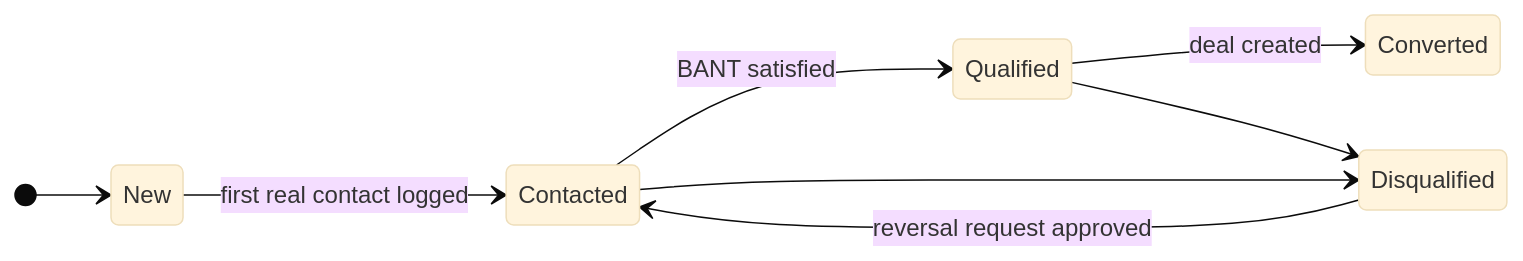
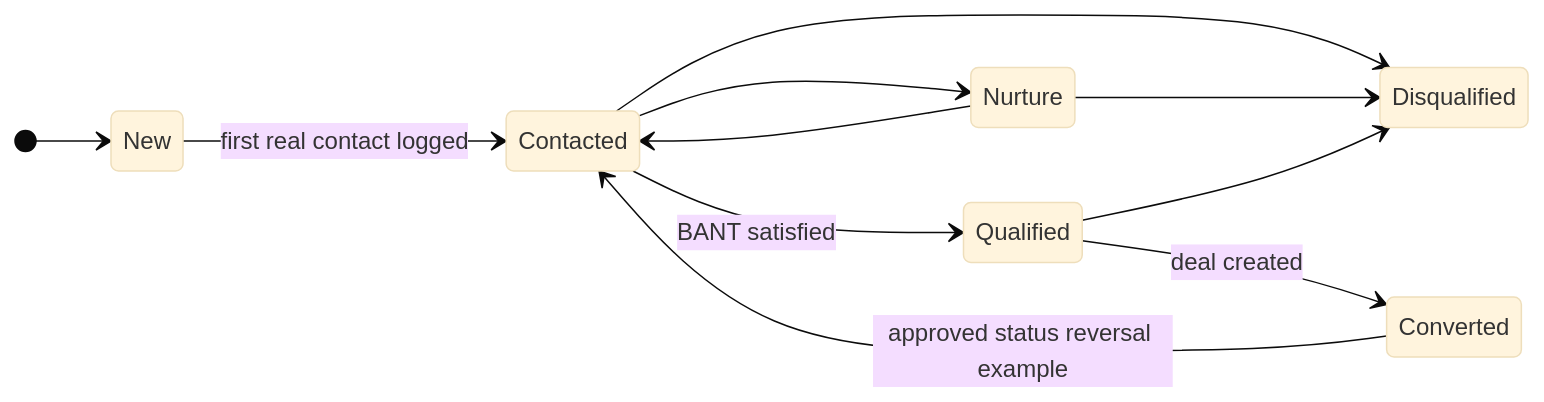
The seventh of 10 diagrams in CODEBASE-SKELETON.md (ApeX353/DigiLearn-CRM--Current), drawn with Mermaid (base theme) before and after one commit. The commit also changed other lines of this file and 5 other files, not shown here.

````diff
--- a/CODEBASE-SKELETON.md
+++ b/CODEBASE-SKELETON.md
@@ -322,11 +362,14 @@
 ```mermaid
 stateDiagram-v2
   direction LR
   [*] --> New
   New --> Contacted : first real contact logged
+  Contacted --> Nurture
+  Nurture --> Contacted
   Contacted --> Qualified : BANT satisfied
   Qualified --> Converted : deal created
   Contacted --> Disqualified
+  Nurture --> Disqualified
   Qualified --> Disqualified
-  Disqualified --> Contacted : reversal request approved
+  Converted --> Contacted : approved status reversal example
 ```
````
